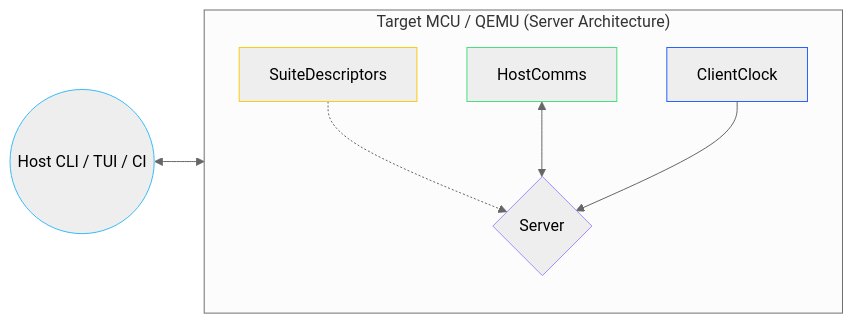
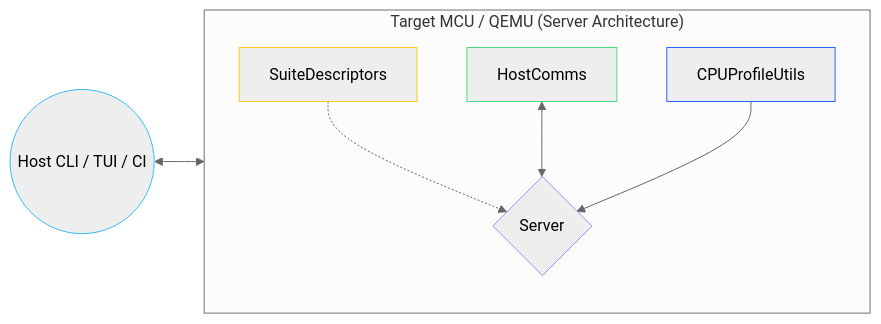
Before and after one commit to Dyse-Industries/control-rs: the diagram in control-rs-hil/README.md, drawn with Mermaid (neutral theme). The commit also changed other lines of this file and 59 other files, not shown here.

````diff
--- a/control-rs-hil/README.md
+++ b/control-rs-hil/README.md
@@ -17,29 +17,29 @@
 ```mermaid
 ---
 config:
   layout: fixed
 ---
 flowchart LR
  subgraph Target["Target MCU / QEMU (Server Architecture)"]
     direction TB
         CommsRx["HostComms"]
         Runner{"Server"}
         Tests["SuiteDescriptors"]
-        Clock["ClientClock"]
+        CPUUtils["CPUProfileUtils"]
   end
     Tests -. <br> .-> Runner
     Host(("Host CLI / TUI / CI")) <--> CommsRx
     CommsRx <--> Runner
-    Clock --> Runner
+    CPUUtils --> Runner
     
      CommsRx:::commsNode
      Runner:::serverLoop
      Tests:::testNode
      Host:::hostNode
-     Clock:::timeNode
+     CPUUtils:::cpuNode
     classDef hostNode stroke:#38bdf8
     classDef commsNode stroke:#4ade80
     classDef serverLoop stroke:#a78bfa
     classDef testNode stroke:#facc15
-    classDef timeNode stroke:#2962FF
+    classDef cpuNode stroke:#2962FF
 ```
````
